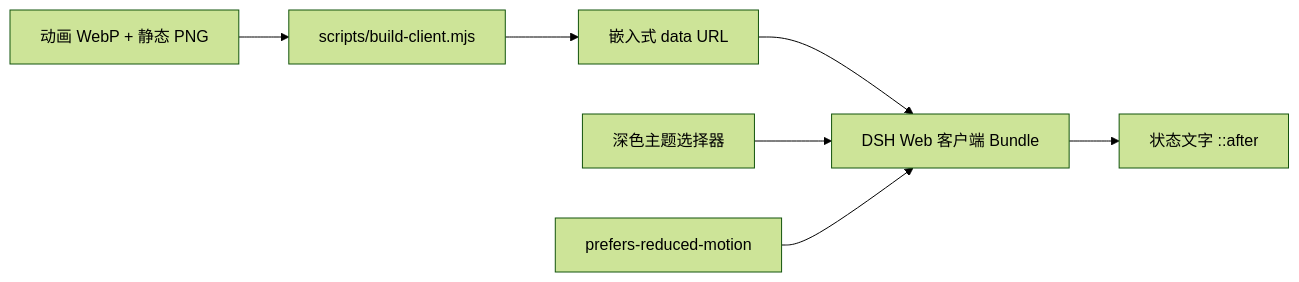
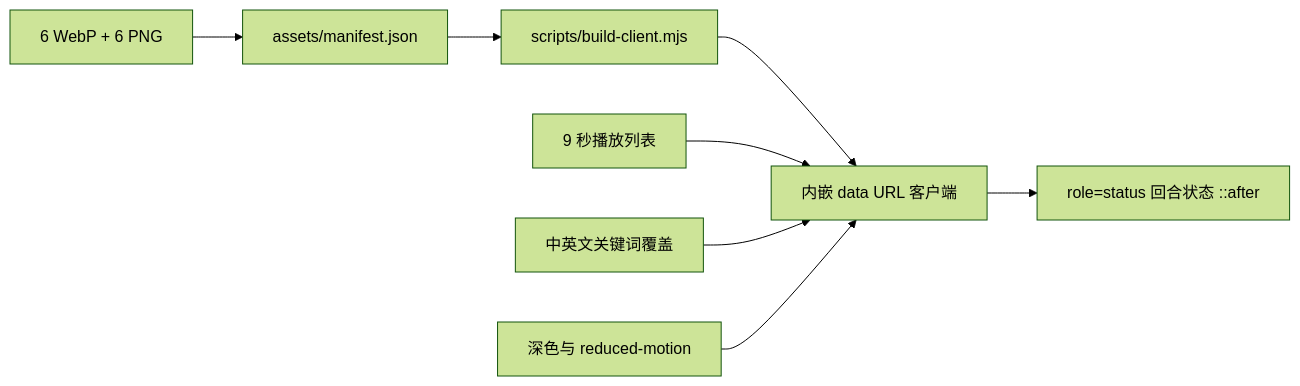
The diagram in README.zh-CN.md (LeemanCheung/dsh-whale-animation), drawn with Mermaid (forest theme) before and after one commit. The commit also changed other lines of this file and 19 other files, not shown here.

````diff
--- a/README.zh-CN.md
+++ b/README.zh-CN.md
@@ -104,9 +110,10 @@
 ```mermaid
 flowchart LR
-  A[动画 WebP + 静态 PNG] --> B[scripts/build-client.mjs]
-  B --> C[嵌入式 data URL]
-  C --> D[DSH Web 客户端 Bundle]
-  D --> E[状态文字 ::after]
-  F[深色主题选择器] --> D
-  G[prefers-reduced-motion] --> D
+  A[6 WebP + 6 PNG] --> B[assets/manifest.json]
+  B --> C[scripts/build-client.mjs]
+  C --> D[内嵌 data URL 客户端]
+  D --> E[role=status 回合状态 ::after]
+  F[9 秒播放列表] --> D
+  G[中英文关键词覆盖] --> D
+  H[深色与 reduced-motion] --> D
 ```
````
